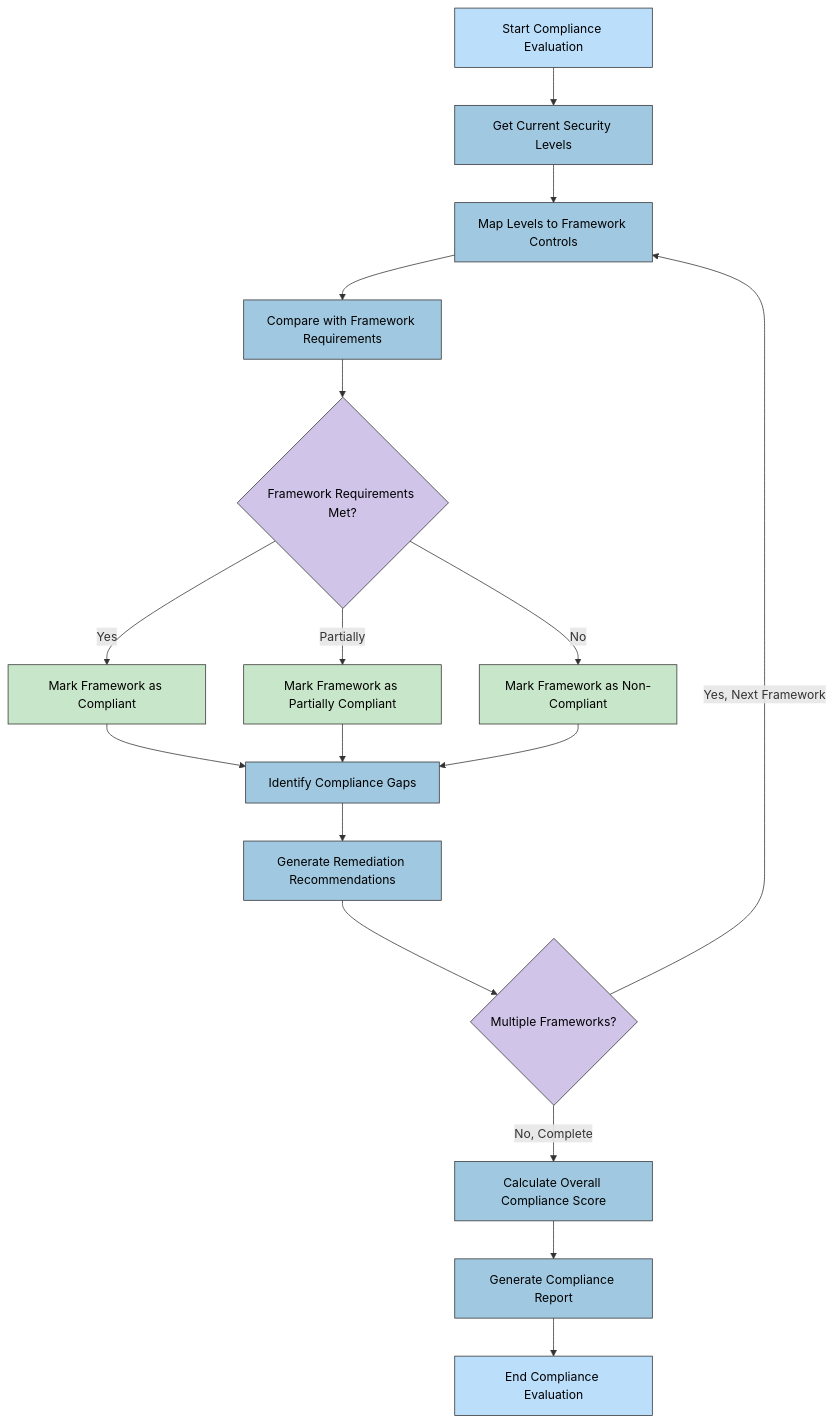
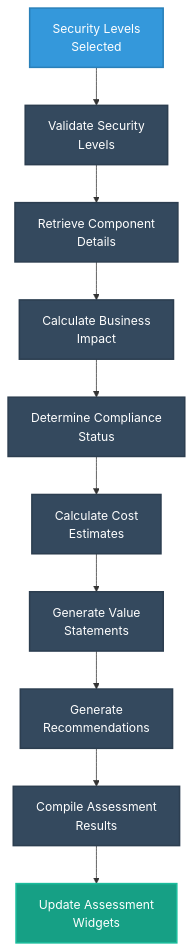
The second of 5 diagrams in docs/architecture/FLOWCHART.md (Hack23/cia-compliance-manager), drawn with Mermaid before and after one commit. The commit also changed other lines of this file and 7 other files, not shown here.

````diff
--- a/docs/architecture/FLOWCHART.md
+++ b/docs/architecture/FLOWCHART.md
@@ -79,32 +54,22 @@
 ```mermaid
 flowchart TD
-    A[Start Compliance Evaluation] --> B[Get Current Security Levels]
-    B --> C[Map Levels to Framework Controls]
-    C --> D[Compare with Framework Requirements]
-    D --> E{Framework Requirements Met?}
-
-    E -->|Yes| F1[Mark Framework as Compliant]
-    E -->|Partially| F2[Mark Framework as Partially Compliant]
-    E -->|No| F3[Mark Framework as Non-Compliant]
-
-    F1 & F2 & F3 --> G[Identify Compliance Gaps]
-    G --> H[Generate Remediation Recommendations]
-    H --> I{Multiple Frameworks?}
-
-    I -->|Yes, Next Framework| C
-    I -->|No, Complete| J[Calculate Overall Compliance Score]
-    J --> K[Generate Compliance Report]
-    K --> L[End Compliance Evaluation]
-
-    %% Cool color scheme
-    classDef startState fill:#bbdefb,stroke:#333,stroke-width:1px,color:black
-    classDef process fill:#a0c8e0,stroke:#333,stroke-width:1px,color:black
-    classDef decision fill:#d1c4e9,stroke:#333,stroke-width:1px,color:black
-    classDef status fill:#c8e6c9,stroke:#333,stroke-width:1px,color:black
-    classDef endState fill:#86b5d9,stroke:#333,stroke-width:1px,color:black
-
-    class A,L startState
-    class B,C,D,G,H,J,K process
-    class E,I decision
-    class F1,F2,F3 status
+    SecurityLevels[Security Levels<br>Selected] --> ValidateLevels[Validate Security<br>Levels]
+    ValidateLevels --> GetCIADetails[Retrieve Component<br>Details]
+    GetCIADetails --> CalcImpact[Calculate Business<br>Impact]
+    CalcImpact --> CalcCompliance[Determine Compliance<br>Status]
+    CalcCompliance --> CalcCost[Calculate Cost<br>Estimates]
+    CalcCost --> GenValue[Generate Value<br>Statements]
+    GenValue --> GenRecs[Generate<br>Recommendations]
+    GenRecs --> CompileResults[Compile Assessment<br>Results]
+    CompileResults --> UpdateWidgets[Update Assessment<br>Widgets]
+    
+    %% Apply styles using class definitions
+    classDef input fill:#3498db,stroke:#2980b9,stroke-width:2px,color:white
+    classDef process fill:#34495e,stroke:#2c3e50,stroke-width:2px,color:white
+    classDef data fill:#9b59b6,stroke:#8e44ad,stroke-width:2px,color:white
+    classDef output fill:#16a085,stroke:#1abc9c,stroke-width:2px,color:white
+    
+    class SecurityLevels input
+    class ValidateLevels,GetCIADetails,CalcImpact,CalcCompliance,CalcCost,GenValue,GenRecs,CompileResults process
+    class UpdateWidgets output
 ```
````
